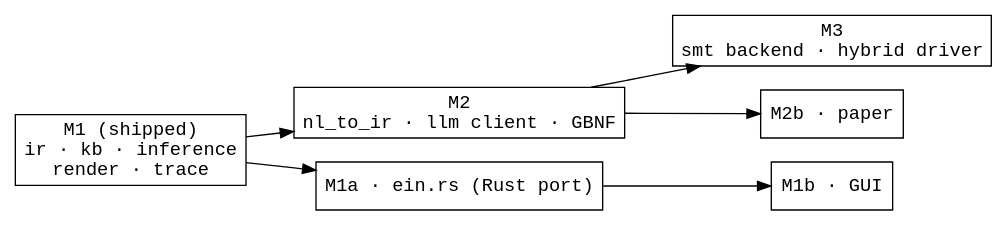
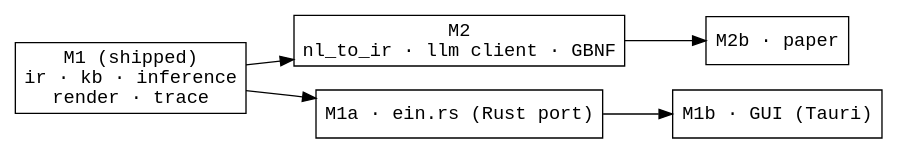
One commit to agutikov/ein changed the third of 3 diagrams in docs/kernel/architecture.md. Above: the diagram before and after it, drawn with Graphviz. The commit also changed other lines of this file and 67 other files, not shown here.

````diff
--- a/docs/kernel/architecture.md
+++ b/docs/kernel/architecture.md
@@ -78,13 +78,12 @@
 ```dot
 digraph milestones {
   rankdir=LR; node [shape=box, fontname="monospace"];
   M1 [label="M1 (shipped)\nir · kb · inference\nrender · trace"];
   M2 [label="M2\nnl_to_ir · llm client · GBNF"];
-  M3 [label="M3\nsmt backend · hybrid driver"];
-  M1 -> M2 -> M3;
+  M1 -> M2;
   M1a [label="M1a · ein.rs (Rust port)"];
-  M1b [label="M1b · GUI"];
+  M1b [label="M1b · GUI (Tauri)"];
   M2b [label="M2b · paper"];
   M1 -> M1a -> M1b; M2 -> M2b;
 }
 ```
````
